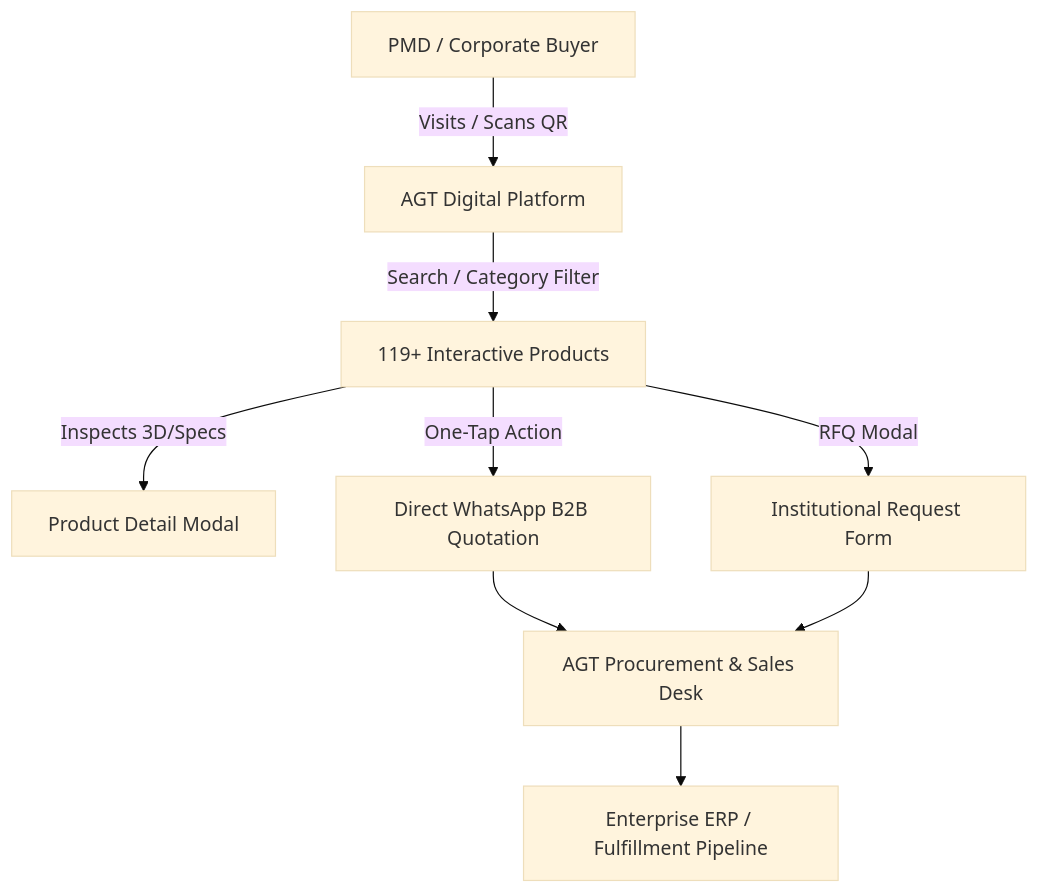
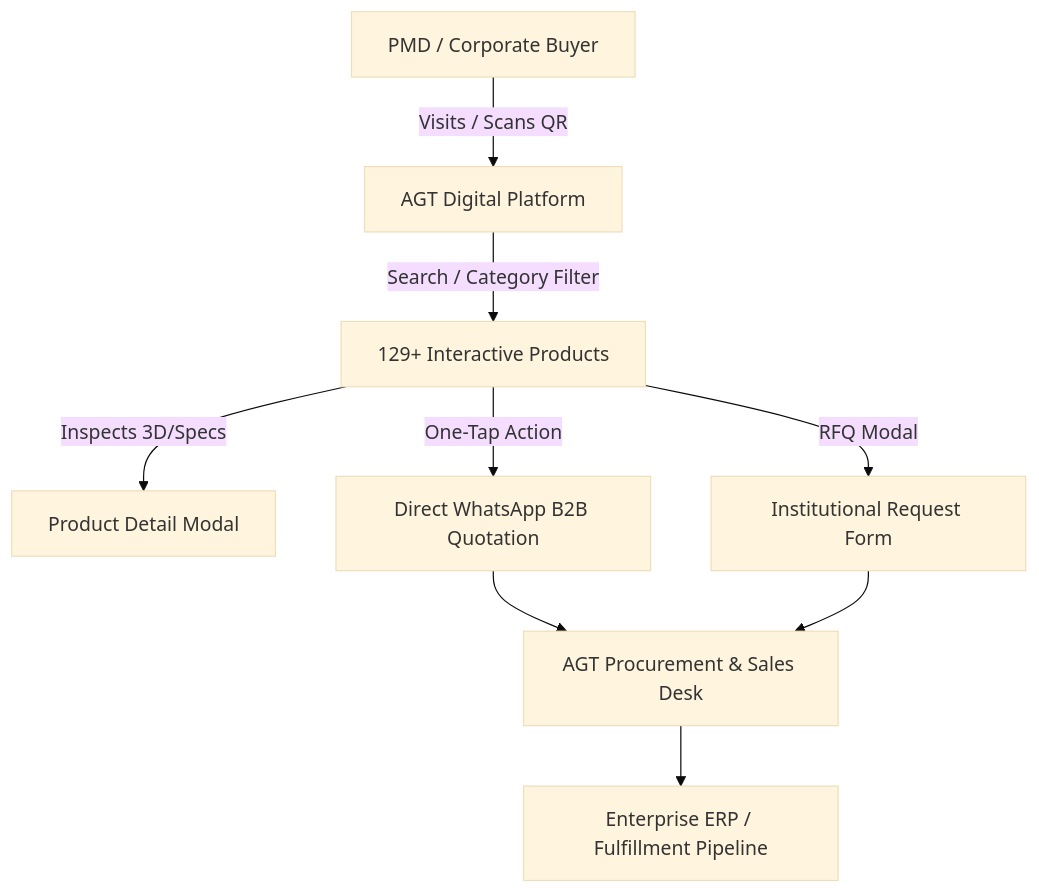
Before and after one commit to TalhaTamim45/agt-platform: the first of 2 diagrams in PROJECT.md, drawn with Mermaid (base theme). The commit also changed other lines of this file and 12 other files, not shown here.

Commit message:
feat(catalog): add 10 new products (AGT-120 to AGT-129) with clean zero-gravity assets

````diff
--- a/PROJECT.md
+++ b/PROJECT.md
@@ -36,11 +36,11 @@
 ```mermaid
 graph TD
     Client[PMD / Corporate Buyer] -->|Visits / Scans QR| WebPlatform[AGT Digital Platform]
-    WebPlatform -->|Search / Category Filter| Catalog[119+ Interactive Products]
+    WebPlatform -->|Search / Category Filter| Catalog[129+ Interactive Products]
     Catalog -->|Inspects 3D/Specs| DetailModal[Product Detail Modal]
     Catalog -->|One-Tap Action| WhatsApp[Direct WhatsApp B2B Quotation]
     Catalog -->|RFQ Modal| QuoteRequest[Institutional Request Form]
     WhatsApp --> SalesTeam[AGT Procurement & Sales Desk]
     QuoteRequest --> SalesTeam
     SalesTeam --> ERP[Enterprise ERP / Fulfillment Pipeline]
 ```
````
